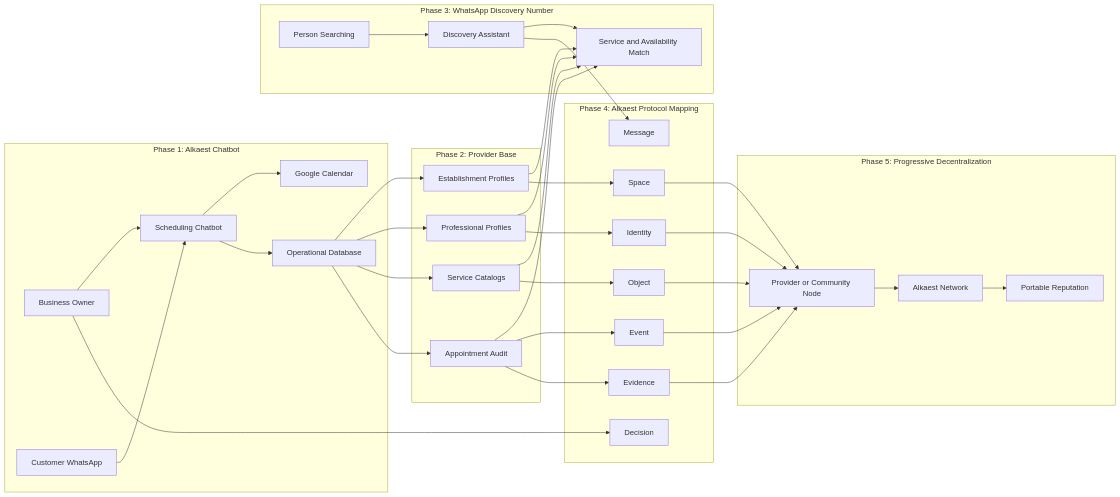
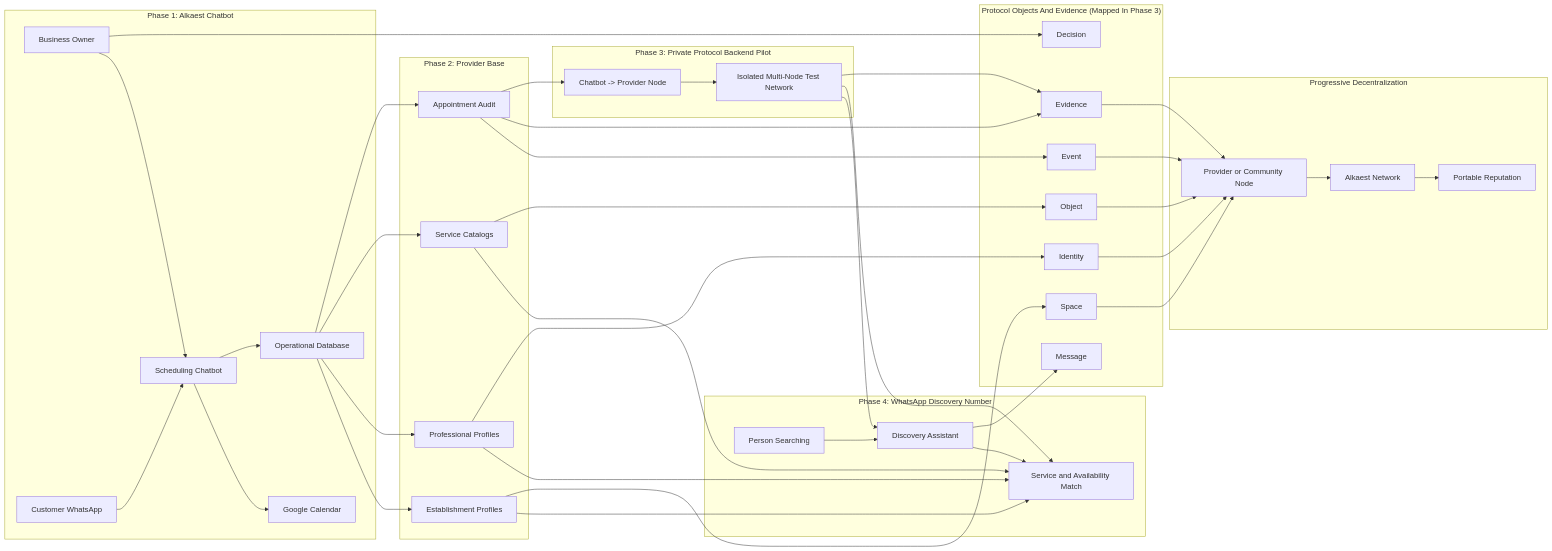
Before and after one commit to alkaest-network/alkaest: the diagram in docs/diagrams/chatbot-to-network.md, drawn with Mermaid. The commit also changed other lines of this file and 60 other files, not shown here.

````diff
--- a/docs/diagrams/chatbot-to-network.md
+++ b/docs/diagrams/chatbot-to-network.md
@@ -3,72 +3,82 @@
 ```mermaid
 flowchart LR
     subgraph P1["Phase 1: Alkaest Chatbot"]
         OWNER["Business Owner"]
         WA["Customer WhatsApp"]
         BOT["Scheduling Chatbot"]
         CAL["Google Calendar"]
         DB["Operational Database"]
 
         WA --> BOT
         OWNER --> BOT
         BOT --> CAL
         BOT --> DB
     end
 
     subgraph P2["Phase 2: Provider Base"]
         EST["Establishment Profiles"]
         PRO["Professional Profiles"]
         SVC["Service Catalogs"]
         AUD["Appointment Audit"]
 
         DB --> EST
         DB --> PRO
         DB --> SVC
         DB --> AUD
     end
 
-    subgraph P3["Phase 3: WhatsApp Discovery Number"]
+    subgraph P3["Phase 3: Private Protocol Backend Pilot"]
+        BOTNODE["Chatbot -> Provider Node"]
+        TESTNET["Isolated Multi-Node Test Network"]
+        BOTNODE --> TESTNET
+    end
+
+    subgraph P4["Phase 4: WhatsApp Discovery Number"]
         USER["Person Searching"]
         DISC["Discovery Assistant"]
         MATCH["Service and Availability Match"]
 
         USER --> DISC
         EST --> MATCH
         PRO --> MATCH
         SVC --> MATCH
-        AUD --> MATCH
         DISC --> MATCH
     end
 
-    subgraph P4["Phase 4: Alkaest Protocol Mapping"]
+    subgraph P5["Protocol Objects And Evidence (Mapped In Phase 3)"]
         ID["Identity"]
         SPACE["Space"]
         OBJ["Object"]
         EVT["Event"]
         MSG["Message"]
         DEC["Decision"]
         EVD["Evidence"]
 
         EST --> SPACE
         PRO --> ID
         SVC --> OBJ
         AUD --> EVT
         AUD --> EVD
         DISC --> MSG
         OWNER --> DEC
     end
 
-    subgraph P5["Phase 5: Progressive Decentralization"]
+    subgraph P6["Progressive Decentralization"]
         NODE["Provider or Community Node"]
         NET["Alkaest Network"]
         REP["Portable Reputation"]
 
         ID --> NODE
         SPACE --> NODE
         OBJ --> NODE
         EVT --> NODE
         EVD --> NODE
         NODE --> NET
         NET --> REP
     end
+
+    AUD --> BOTNODE
+    TESTNET --> DISC
+    TESTNET --> MATCH
+    TESTNET --> EVD
 ```
````
